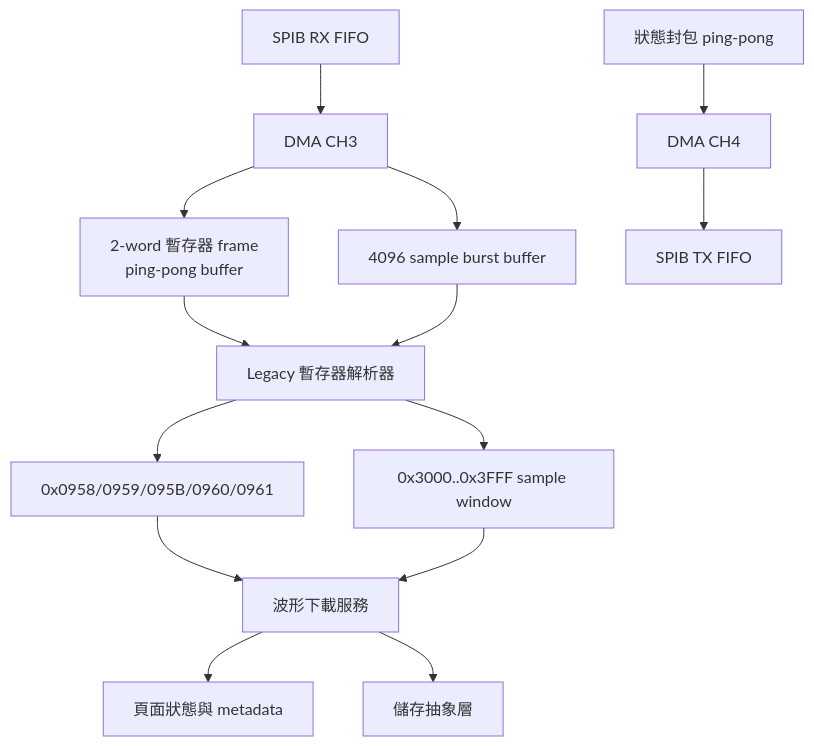
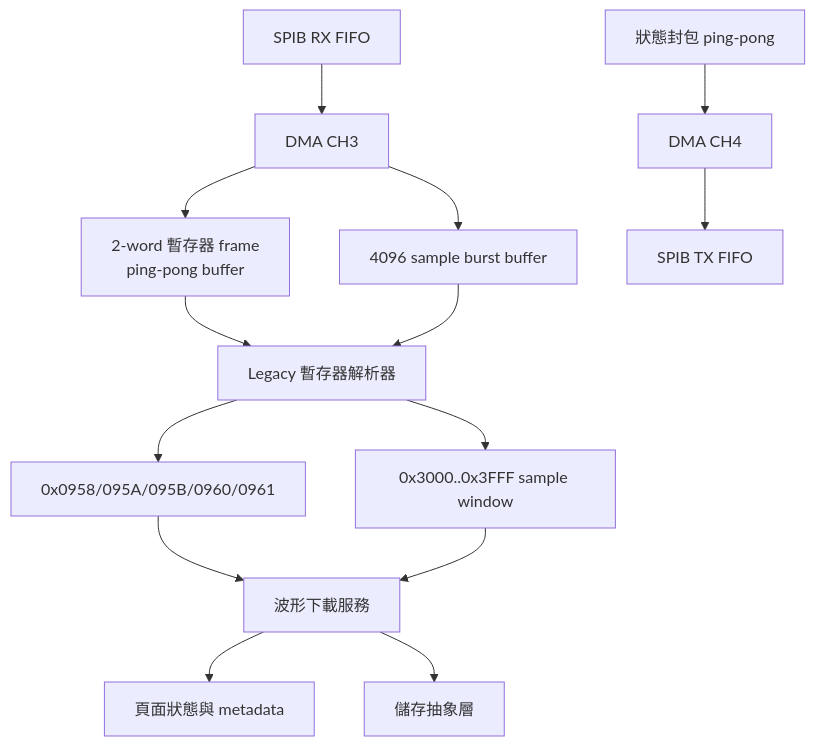
The second of 2 diagrams in .agent/03_Knowledge/ASR5K_MODULE_ARCHITECTURE.md (linwuyen/ASR5K_WP_3352_SPI), drawn with Mermaid before and after one commit. The commit also changed other lines of this file and 12 other files, not shown here.

````diff
--- a/.agent/03_Knowledge/ASR5K_MODULE_ARCHITECTURE.md
+++ b/.agent/03_Knowledge/ASR5K_MODULE_ARCHITECTURE.md
@@ -41,16 +41,16 @@
 ```mermaid
 flowchart TD
     RX["SPIB RX FIFO"] --> DMA["DMA CH3"]
     DMA --> REG["2-word 暫存器 frame<br/>ping-pong buffer"]
     DMA --> BURST["4096 sample burst buffer"]
     REG --> PARSER["Legacy 暫存器解析器"]
     BURST --> PARSER
-    PARSER --> CTRL["0x0958/0959/095B/0960/0961"]
+    PARSER --> CTRL["0x0958/095A/095B/0960/0961"]
     PARSER --> WINDOW["0x3000..0x3FFF sample window"]
     CTRL --> SERVICE["波形下載服務"]
     WINDOW --> SERVICE
     SERVICE --> META["頁面狀態與 metadata"]
     SERVICE --> STORAGE["儲存抽象層"]
     STATUS["狀態封包 ping-pong"] --> TXDMA["DMA CH4"]
     TXDMA --> TX["SPIB TX FIFO"]
 ```
````
